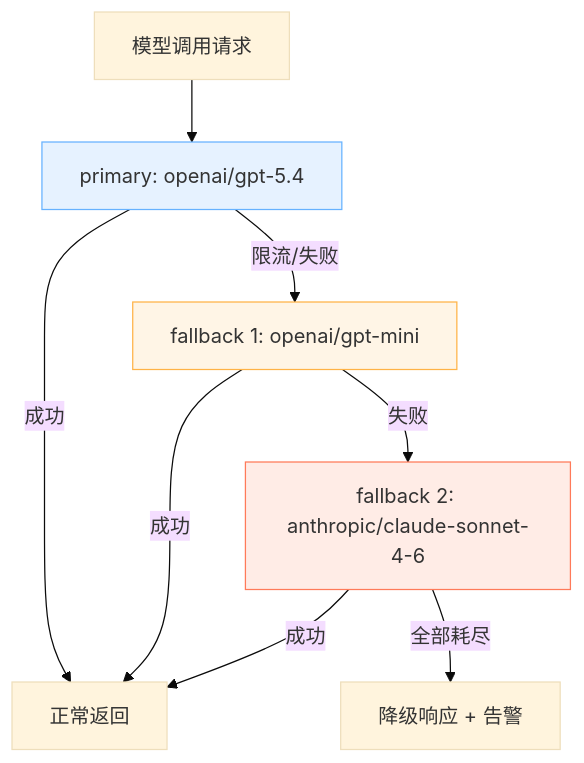
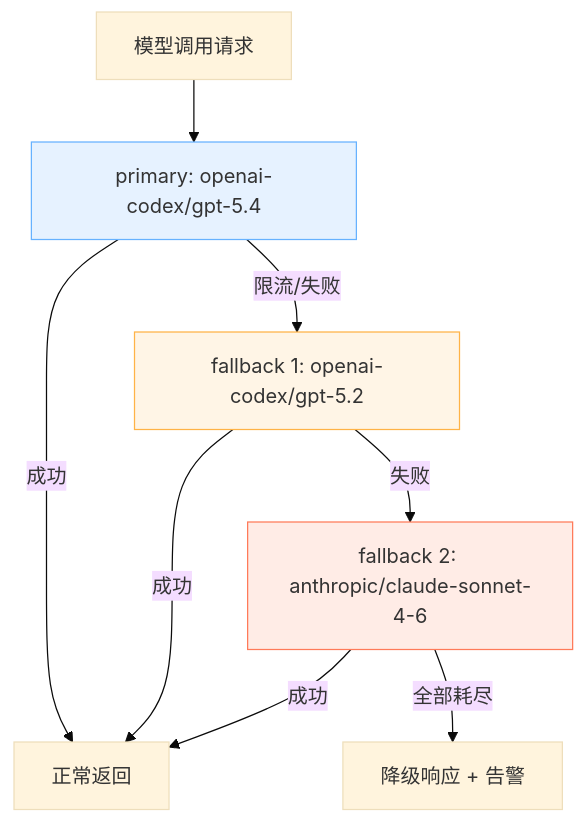
Before and after one commit to yeasy/openclaw_guide: the diagram in 11_reliability_security/11.3_fallback_rules.md, drawn with Mermaid (base theme). The commit also changed other lines of this file and 25 other files, not shown here.

````diff
--- a/11_reliability_security/11.3_fallback_rules.md
+++ b/11_reliability_security/11.3_fallback_rules.md
@@ -26,14 +26,14 @@
 ```mermaid
 flowchart TD
-  req["模型调用请求"] --> p["primary: openai/gpt-5.4"]
+  req["模型调用请求"] --> p["primary: openai-codex/gpt-5.4"]
   p -->|"成功"| ok["正常返回"]
-  p -->|"限流/失败"| f1["fallback 1: openai/gpt-mini"]
+  p -->|"限流/失败"| f1["fallback 1: openai-codex/gpt-5.2"]
   f1 -->|"成功"| ok
   f1 -->|"失败"| f2["fallback 2: anthropic/claude-sonnet-4-6"]
   f2 -->|"成功"| ok
   f2 -->|"全部耗尽"| degrade["降级响应 + 告警"]
 
   style p fill:#e6f2ff,stroke:#66b2ff
   style f1 fill:#fff5e6,stroke:#ffb347
   style f2 fill:#ffece6,stroke:#ff7a59
 ```
````
